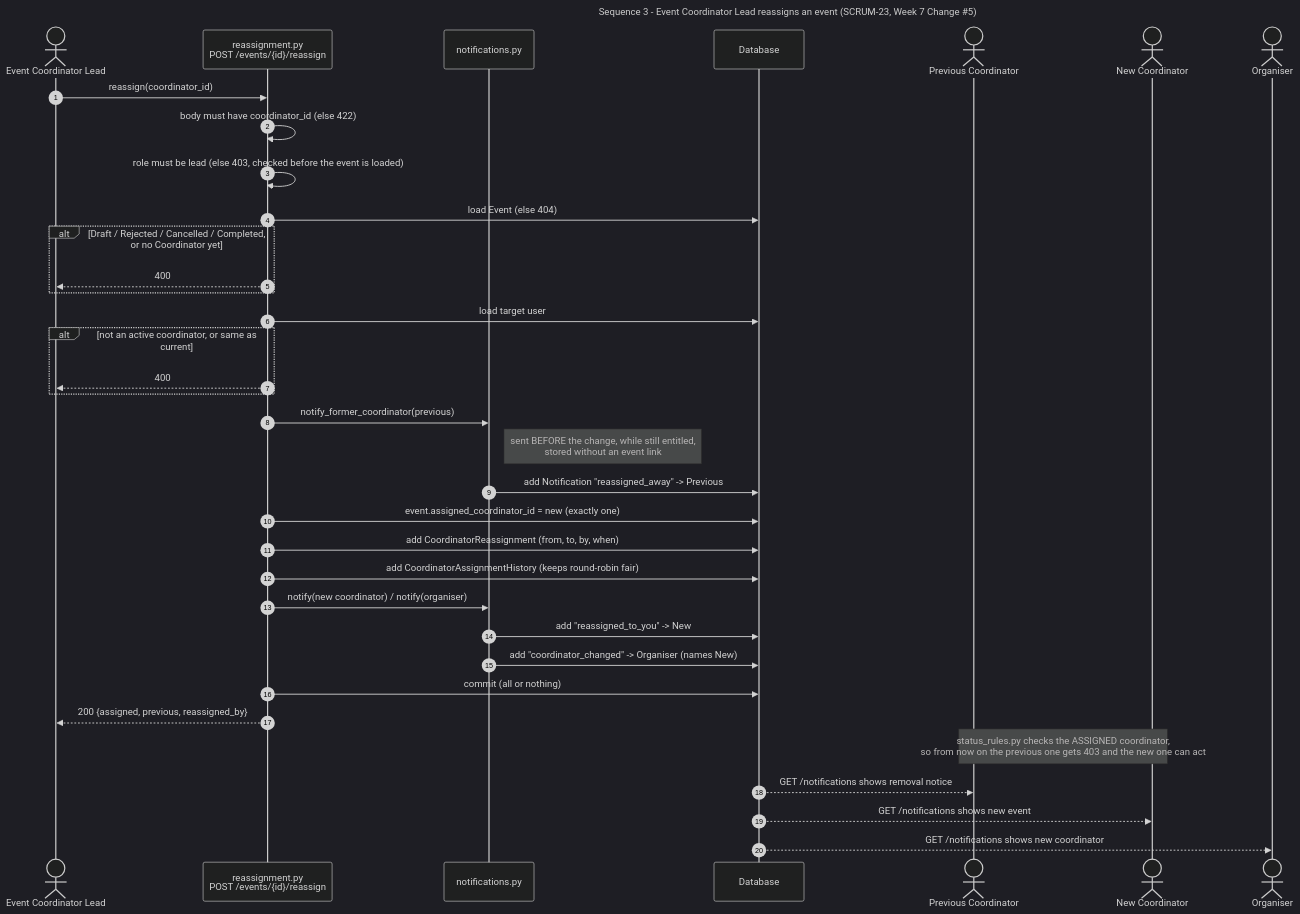
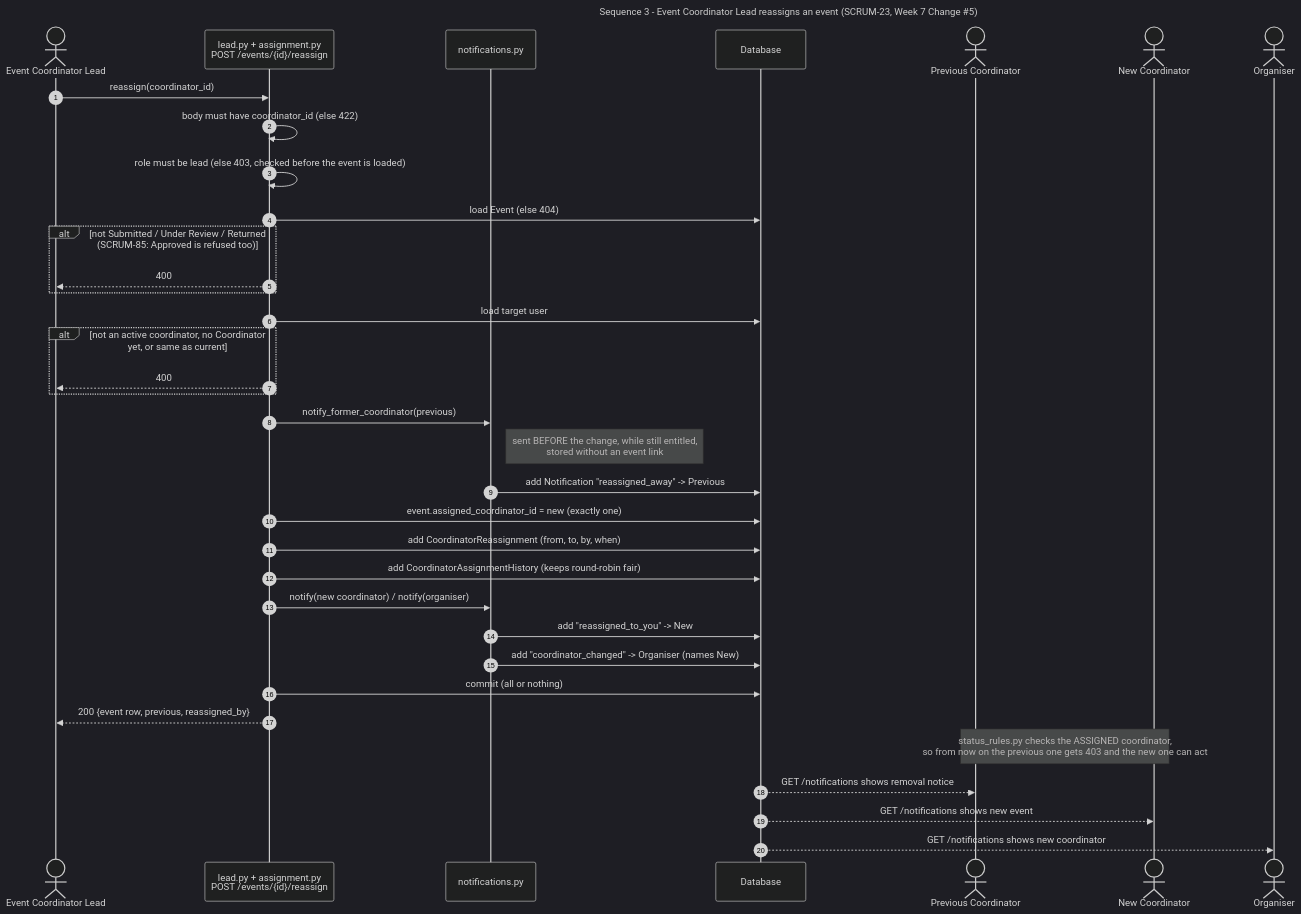
Before and after one commit to elnathanshee/spm: the diagram in docs/diagrams/03-lead-reassigns.mmd, drawn with Mermaid (dark theme). The commit also changed 5 other files, not shown here.

First line of the commit message:
refactor(SCRUM-98): remove the shadowed reassign route, document the legacy coordinator page

```diff
--- a/docs/diagrams/03-lead-reassigns.mmd
+++ b/docs/diagrams/03-lead-reassigns.mmd
@@ -1,44 +1,44 @@
 ---
 title: "Sequence 3 - Event Coordinator Lead reassigns an event (SCRUM-23, Week 7 Change #5)"
 ---
 sequenceDiagram
     autonumber
     actor Lead as Event Coordinator Lead
-    participant API as reassignment.py<br/>POST /events/{id}/reassign
+    participant API as lead.py + assignment.py<br/>POST /events/{id}/reassign
     participant N as notifications.py
     participant DB as Database
     actor Prev as Previous Coordinator
     actor NewC as New Coordinator
     actor Org as Organiser
 
     Lead->>API: reassign(coordinator_id)
     API->>API: body must have coordinator_id (else 422)
     API->>API: role must be lead (else 403, checked before the event is loaded)
     API->>DB: load Event (else 404)
-    alt Draft / Rejected / Cancelled / Completed, or no Coordinator yet
+    alt not Submitted / Under Review / Returned (SCRUM-85: Approved is refused too)
         API-->>Lead: 400
     end
     API->>DB: load target user
-    alt not an active coordinator, or same as current
+    alt not an active coordinator, no Coordinator yet, or same as current
         API-->>Lead: 400
     end
 
     API->>N: notify_former_coordinator(previous)
     Note right of N: sent BEFORE the change, while still entitled,<br/>stored without an event link
     N->>DB: add Notification "reassigned_away" -> Previous
 
     API->>DB: event.assigned_coordinator_id = new (exactly one)
     API->>DB: add CoordinatorReassignment (from, to, by, when)
     API->>DB: add CoordinatorAssignmentHistory (keeps round-robin fair)
 
     API->>N: notify(new coordinator) / notify(organiser)
     N->>DB: add "reassigned_to_you" -> New
     N->>DB: add "coordinator_changed" -> Organiser (names New)
 
     API->>DB: commit (all or nothing)
-    API-->>Lead: 200 {assigned, previous, reassigned_by}
+    API-->>Lead: 200 {event row, previous, reassigned_by}
 
     Note over Prev,NewC: status_rules.py checks the ASSIGNED coordinator,<br/>so from now on the previous one gets 403 and the new one can act
     DB-->>Prev: GET /notifications shows removal notice
     DB-->>NewC: GET /notifications shows new event
     DB-->>Org: GET /notifications shows new coordinator
```
